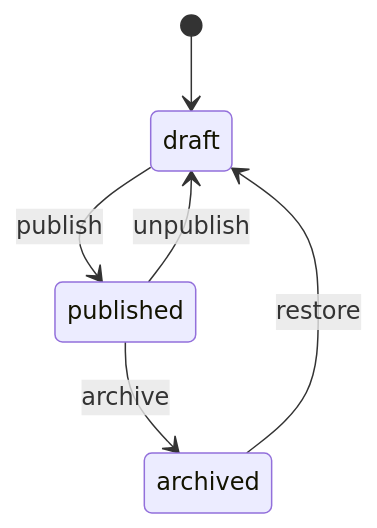
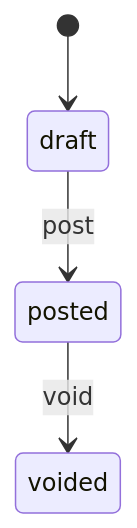
One commit to poluru-labs/fastapi-realworld-projects changed the diagram in intermediate/fastapi-personal-finance/README.md. Above: the diagram before and after it, drawn with Mermaid. The commit also changed other lines of this file and 29 other files, not shown here.

````diff
--- a/intermediate/fastapi-personal-finance/README.md
+++ b/intermediate/fastapi-personal-finance/README.md
@@ -71,8 +23,6 @@
 ```mermaid
 stateDiagram-v2
   [*] --> draft
-  draft --> published: publish
-  published --> draft: unpublish
-  published --> archived: archive
-  archived --> draft: restore
+  draft --> posted: post
+  posted --> voided: void
 ```
````
